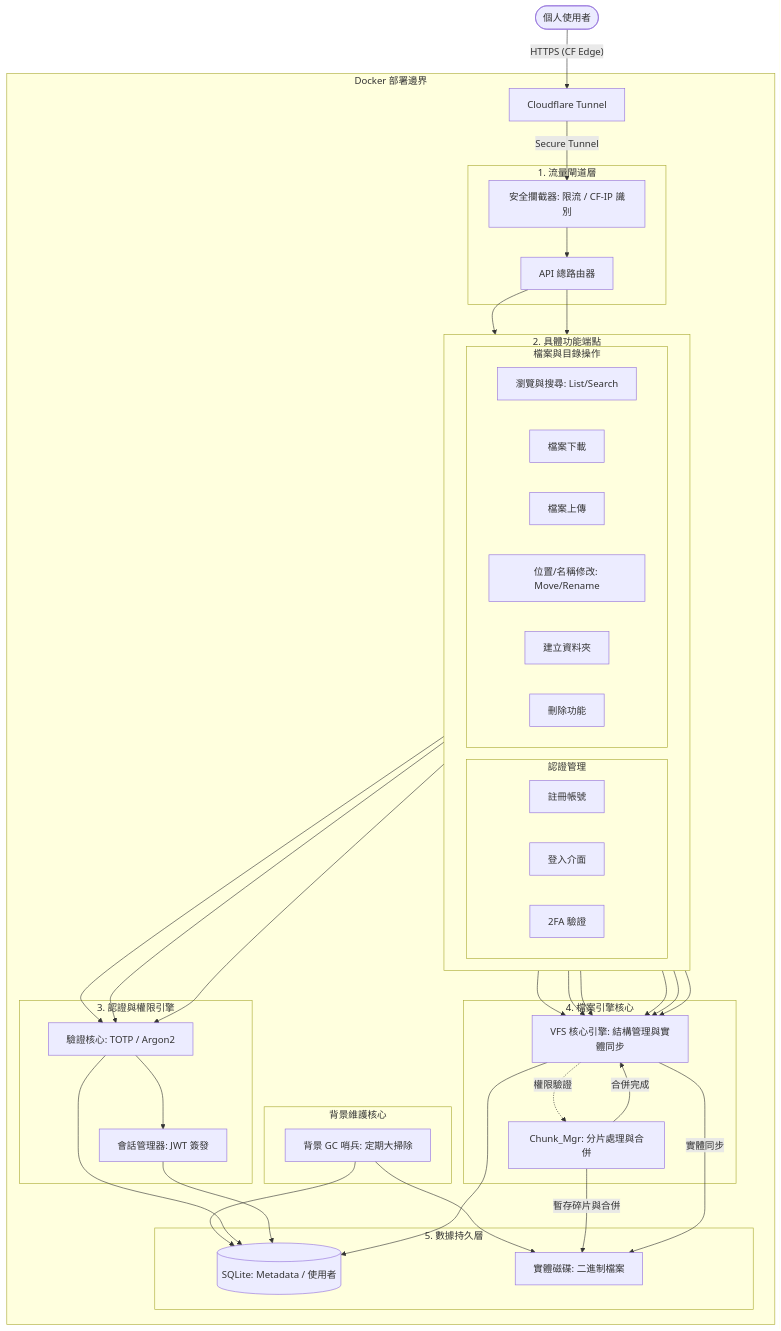
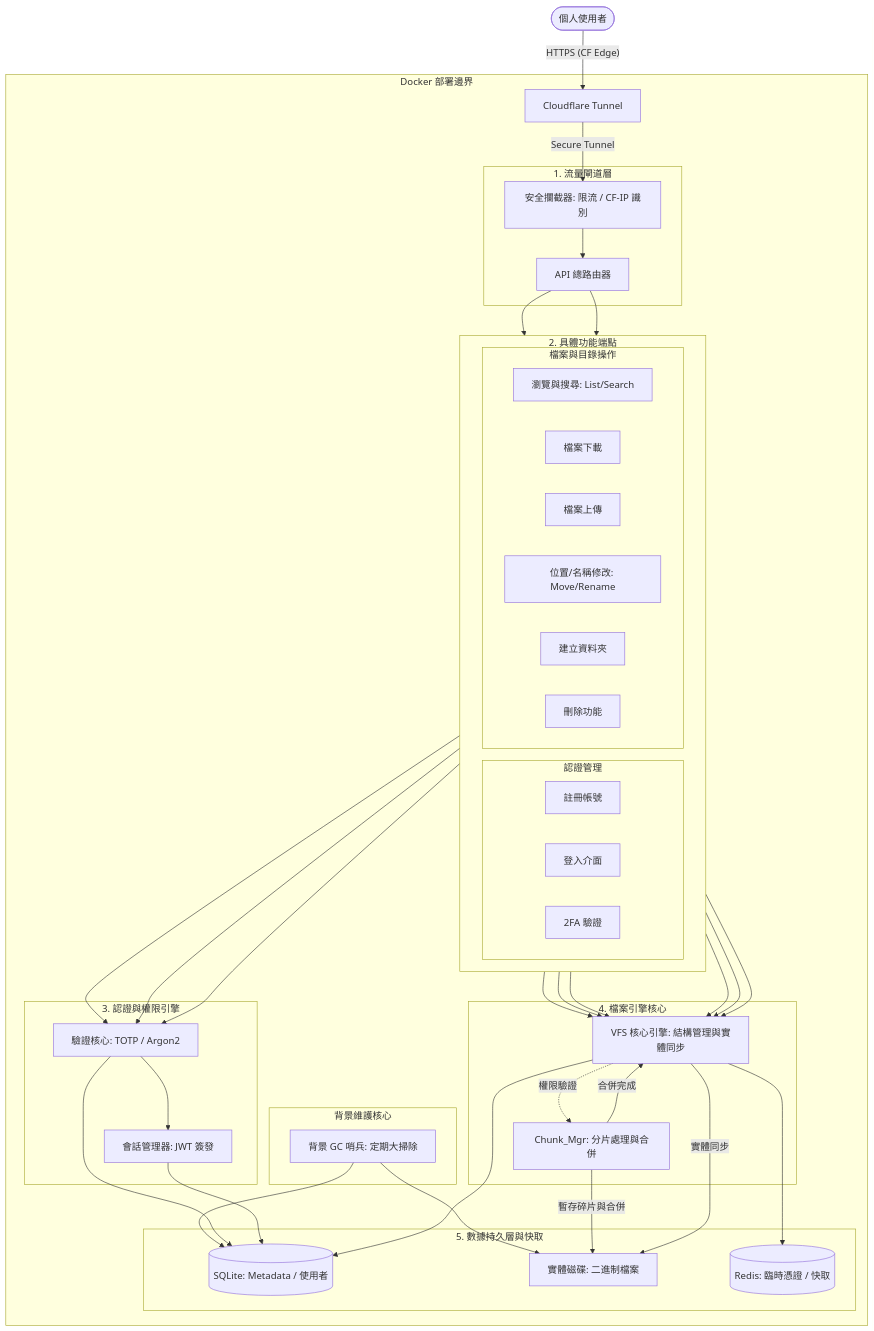
Before and after one commit to Salt-Shio/FileBrowser: the diagram in README.md, drawn with Mermaid. The commit also changed other lines of this file and 15 other files, not shown here.

```diff
--- a/README.md
+++ b/README.md
@@ -61,10 +61,11 @@
         GC_Sentinel[背景 GC 哨兵: 定期大掃除]
     end
 
-    %% 第四層：數據持久化
-    subgraph Layer_4 [5. 數據持久層]
+    %% 第四層：數據持久化與快取
+    subgraph Layer_4 [5. 數據持久層與快取]
         DB[(SQLite: Metadata / 使用者)]
         Disk[實體磁碟: 二進制檔案]
+        RedisCache[(Redis: 臨時憑證 / 快取)]
     end
 
     %% 跨層對接邏輯
@@ -88,6 +89,7 @@
     Auth_Core --> DB
     Session_Mgr --> DB
     VFS_Engine --> DB
+    VFS_Engine --> RedisCache
     Chunk_Mgr -- 暫存碎片與合併 --> Disk
     VFS_Engine -- 實體同步 --> Disk
     end
```
